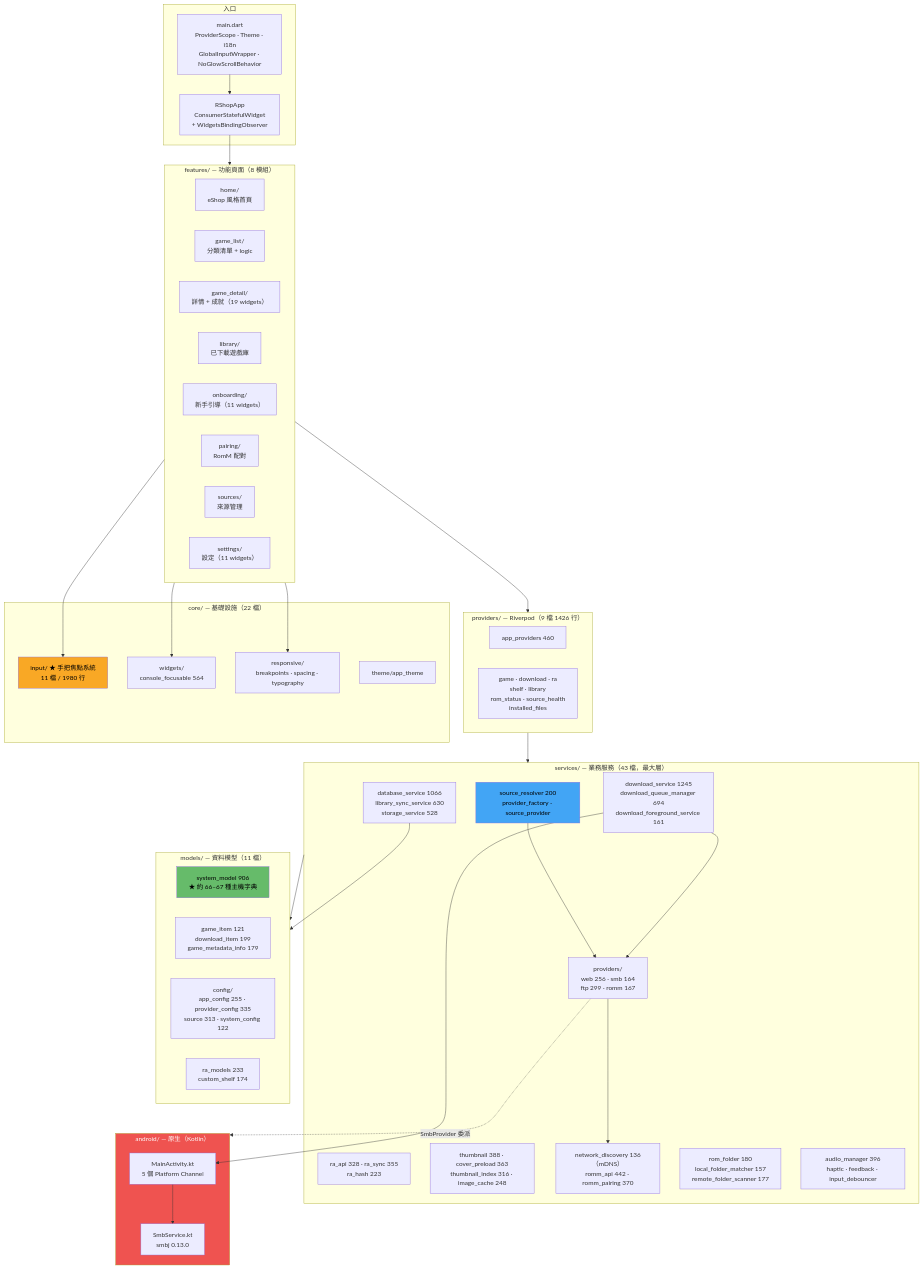
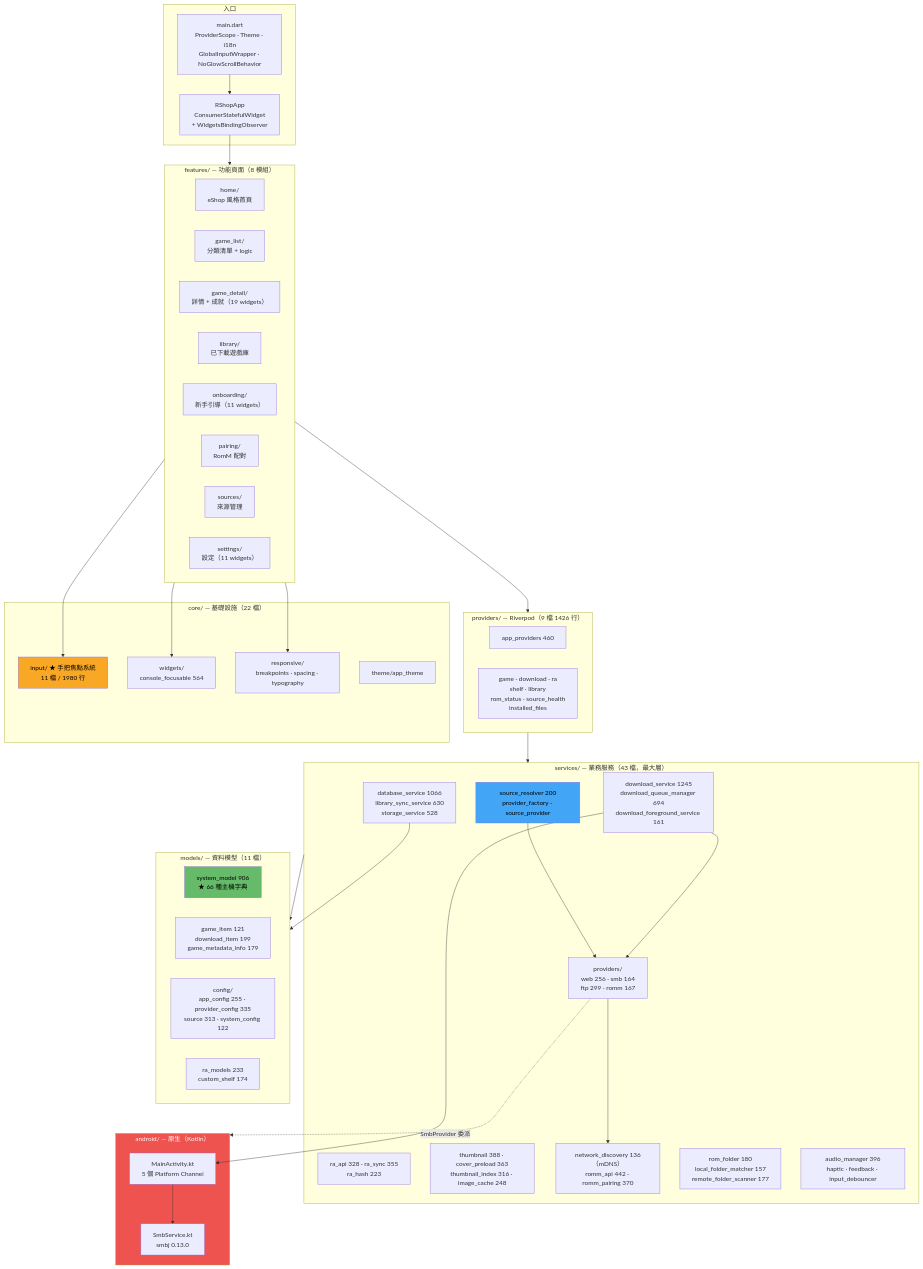
One commit to AverageConsumer/R-Shop changed the first of 12 diagrams in docs/ARCHITECTURE.md. Above: the diagram before and after it, drawn with Mermaid. The commit also changed other lines of this file and 13 other files, not shown here.

````diff
--- a/docs/ARCHITECTURE.md
+++ b/docs/ARCHITECTURE.md
@@ -19,75 +19,75 @@
 ```mermaid
 graph TB
     subgraph ENTRY["入口"]
         MAIN["main.dart<br/>ProviderScope · Theme · i18n<br/>GlobalInputWrapper · NoGlowScrollBehavior"]
         APP["RShopApp<br/>ConsumerStatefulWidget<br/>+ WidgetsBindingObserver"]
     end
 
     subgraph FEAT["features/ — 功能頁面（8 模組）"]
         HOME["home/<br/>eShop 風格首頁"]
         GL["game_list/<br/>分類清單 + logic"]
         GD["game_detail/<br/>詳情 + 成就（19 widgets）"]
         LIB["library/<br/>已下載遊戲庫"]
         ONB["onboarding/<br/>新手引導（11 widgets）"]
         PAIR["pairing/<br/>RomM 配對"]
         SRC["sources/<br/>來源管理"]
         SET["settings/<br/>設定（11 widgets）"]
     end
 
     subgraph CORE["core/ — 基礎設施（22 檔）"]
         INPUT["input/ ★ 手把焦點系統<br/>11 檔 / 1980 行"]
         CW["widgets/<br/>console_focusable 564"]
         RESP["responsive/<br/>breakpoints · spacing · typography"]
         THEME["theme/app_theme"]
     end
 
     subgraph PROV["providers/ — Riverpod（9 檔 1426 行）"]
         P1["app_providers 460"]
         P2["game · download · ra<br/>shelf · library<br/>rom_status · source_health<br/>installed_files"]
     end
 
     subgraph SVC["services/ — 業務服務（43 檔，最大層）"]
         RESOLVE["source_resolver 200<br/>provider_factory · source_provider"]
         PRVD["providers/<br/>web 256 · smb 164<br/>ftp 299 · romm 167"]
         DL["download_service 1245<br/>download_queue_manager 694<br/>download_foreground_service 161"]
         DB["database_service 1066<br/>library_sync_service 630<br/>storage_service 528"]
         RA["ra_api 328 · ra_sync 355<br/>ra_hash 223"]
         IMG["thumbnail 388 · cover_preload 363<br/>thumbnail_index 316 · image_cache 248"]
         NET["network_discovery 136（mDNS）<br/>romm_api 442 · romm_pairing 370"]
         LOCAL["rom_folder 180<br/>local_folder_matcher 157<br/>remote_folder_scanner 177"]
         AV["audio_manager 396<br/>haptic · feedback · input_debouncer"]
     end
 
     subgraph MODEL["models/ — 資料模型（11 檔）"]
-        SM["system_model 906<br/>★ 約 66–67 種主機字典"]
+        SM["system_model 906<br/>★ 66 種主機字典"]
         GI["game_item 121<br/>download_item 199<br/>game_metadata_info 179"]
         CFG["config/<br/>app_config 255 · provider_config 335<br/>source 313 · system_config 122"]
         RAM["ra_models 233<br/>custom_shelf 174"]
     end
 
     subgraph NAT["android/ — 原生（Kotlin）"]
         MA["MainActivity.kt<br/>5 個 Platform Channel"]
         SMBS["SmbService.kt<br/>smbj 0.13.0"]
     end
 
     MAIN --> APP
     APP --> FEAT
     FEAT --> INPUT
     FEAT --> CW
     FEAT --> RESP
     FEAT --> PROV
     PROV --> SVC
     SVC --> MODEL
     RESOLVE --> PRVD
     PRVD --> NET
     PRVD -.->|"SmbProvider 委派"| NAT
     DL --> PRVD
     DL --> MA
     DB --> MODEL
     MA --> SMBS
 
     style INPUT fill:#f9a825,color:#000
     style RESOLVE fill:#42a5f5,color:#000
     style SM fill:#66bb6a,color:#000
     style NAT fill:#ef5350,color:#fff
 ```
````
